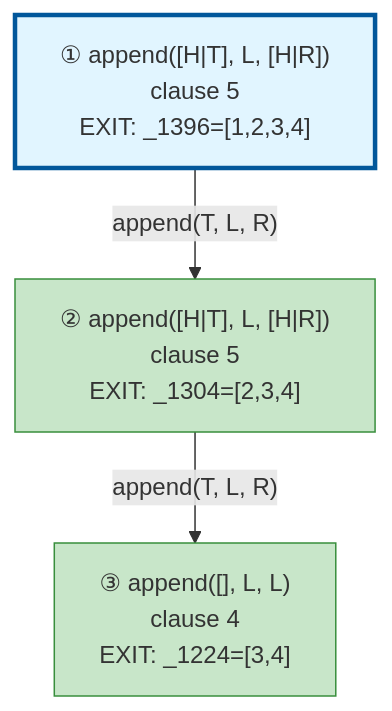
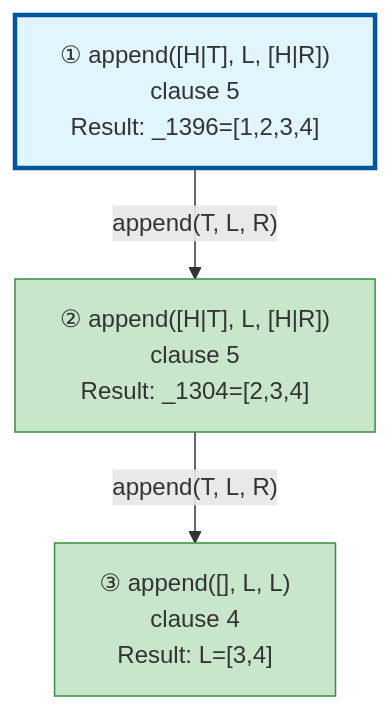
One commit to jarecsni/prolog-trace-viz changed the diagram in examples/append-output.md. Above: the diagram before and after it, drawn with Mermaid. The commit also changed other lines of this file and 13 other files, not shown here.

````diff
--- a/examples/append-output.md
+++ b/examples/append-output.md
@@ -52,17 +52,17 @@
 ```mermaid
 graph TD
 
 %% Nodes
-A["① append([H|T], L, [H|R])<br/>clause 5<br/>EXIT: _1396=[1,2,3,4]"]
-B["② append([H|T], L, [H|R])<br/>clause 5<br/>EXIT: _1304=[2,3,4]"]
-C["③ append([], L, L)<br/>clause 4<br/>EXIT: _1224=[3,4]"]
+A["① append([H|T], L, [H|R])<br/>clause 5<br/>Result: _1396=[1,2,3,4]"]
+B["② append([H|T], L, [H|R])<br/>clause 5<br/>Result: _1304=[2,3,4]"]
+C["③ append([], L, L)<br/>clause 4<br/>Result: L=[3,4]"]
 
 %% Edges
 A -->|"append(T, L, R)"| B
 B -->|"append(T, L, R)"| C
 
 %% Styles
 style A fill:#e1f5ff,stroke:#01579b,stroke-width:3px
 style B fill:#c8e6c9,stroke:#388e3c
 style C fill:#c8e6c9,stroke:#388e3c
 ```
````
